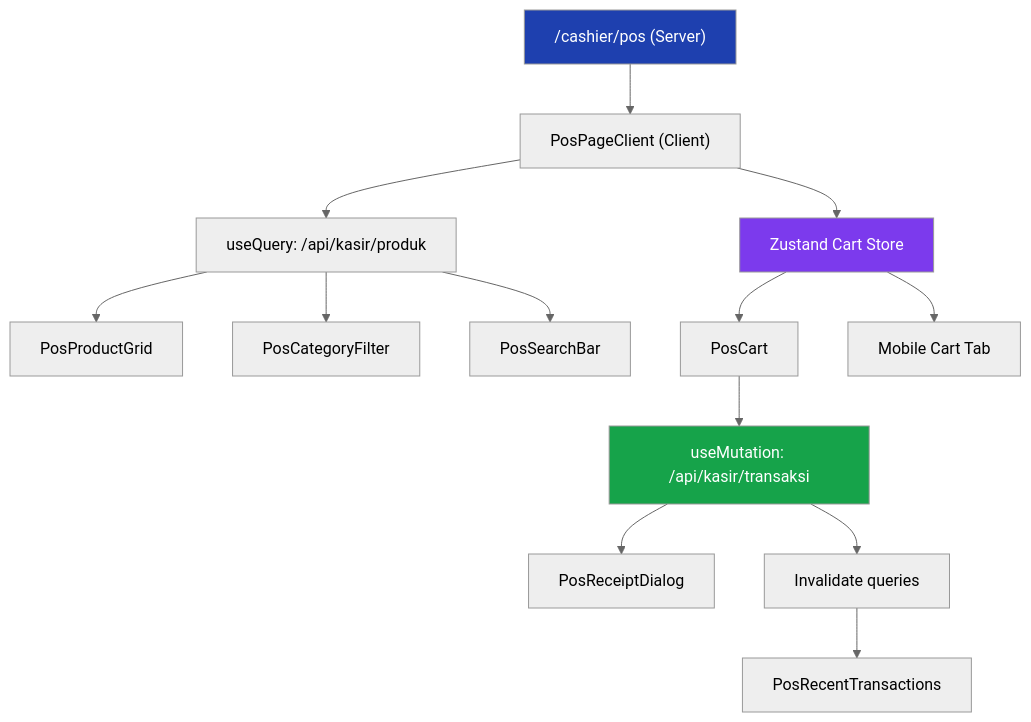
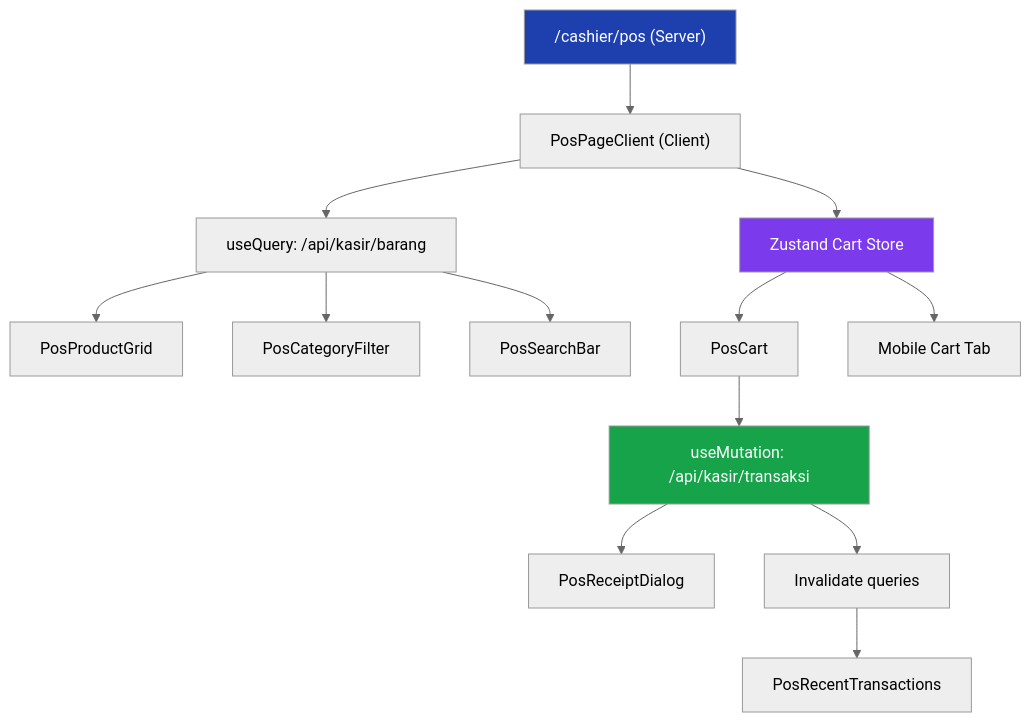
The diagram in plan/implementation_kasir_plan.md (mgalihpp/warung-pos), drawn with Mermaid (neutral theme) before and after one commit. The commit also changed other lines of this file and 88 other files, not shown here.

Commit message:
feat: add kategori management and rename produk to barang

````diff
--- a/plan/implementation_kasir_plan.md
+++ b/plan/implementation_kasir_plan.md
@@ -248,23 +248,23 @@
 ```mermaid
 graph TD
     A["/cashier/pos (Server)"] --> B["PosPageClient (Client)"]
-    B --> C["useQuery: /api/kasir/produk"]
+    B --> C["useQuery: /api/kasir/barang"]
     B --> D["Zustand Cart Store"]
     
     C --> E["PosProductGrid"]
     C --> F["PosCategoryFilter"]
     C --> G["PosSearchBar"]
     
     D --> H["PosCart"]
     D --> I["Mobile Cart Tab"]
     
     H --> J["useMutation: /api/kasir/transaksi"]
     J --> K["PosReceiptDialog"]
     J --> L["Invalidate queries"]
     
     L --> M["PosRecentTransactions"]
     
     style A fill:#1e40af,color:#fff
     style D fill:#7c3aed,color:#fff
     style J fill:#16a34a,color:#fff
 ```
````
